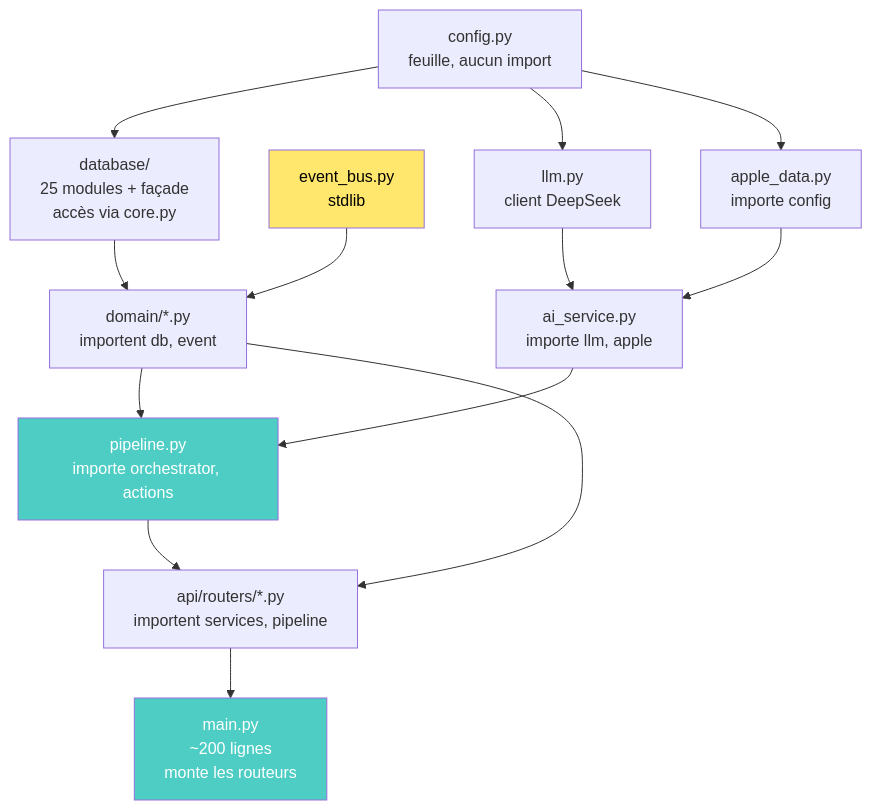
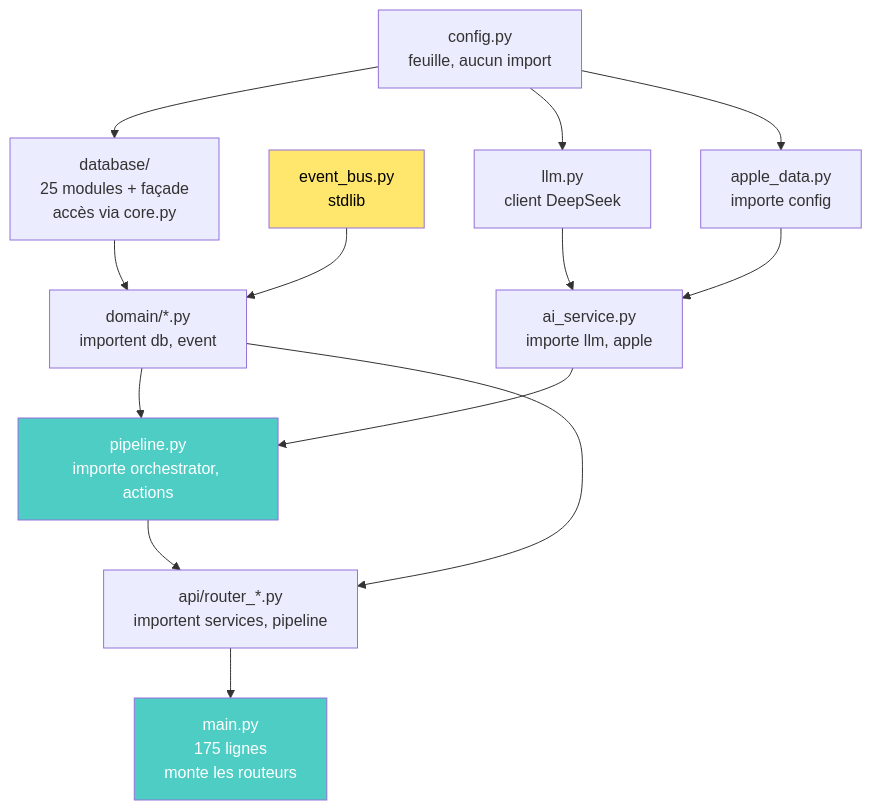
The third of 3 diagrams in Architecture/08_ARCHITECTURE_CIBLE.md (AVTAVANTTOUT2/JarvisAPI), drawn with Mermaid before and after one commit. The commit also changed other lines of this file and 18 other files, not shown here.

````diff
--- a/Architecture/08_ARCHITECTURE_CIBLE.md
+++ b/Architecture/08_ARCHITECTURE_CIBLE.md
@@ -216,33 +216,33 @@
 ```mermaid
 graph TB
     CONFIG["config.py<br/>feuille, aucun import"]
     EVENT["event_bus.py<br/>stdlib"]
     DB["database/<br/>25 modules + façade<br/>accès via core.py"]
     LLM_CLIENT["llm.py<br/>client DeepSeek"]
 
     SERVICES["domain/*.py<br/>importent db, event"]
     APPLE["apple_data.py<br/>importe config"]
     AI["ai_service.py<br/>importe llm, apple"]
 
     PIPELINE["pipeline.py<br/>importe orchestrator, actions"]
-    ROUTERS["api/routers/*.py<br/>importent services, pipeline"]
+    ROUTERS["api/router_*.py<br/>importent services, pipeline"]
 
-    MAIN["main.py<br/>~200 lignes<br/>monte les routeurs"]
+    MAIN["main.py<br/>175 lignes<br/>monte les routeurs"]
 
     CONFIG --> DB
     CONFIG --> LLM_CLIENT
     CONFIG --> APPLE
     DB --> SERVICES
     EVENT --> SERVICES
     LLM_CLIENT --> AI
     APPLE --> AI
     SERVICES --> PIPELINE
     AI --> PIPELINE
     PIPELINE --> ROUTERS
     SERVICES --> ROUTERS
     ROUTERS --> MAIN
 
     style MAIN fill:#4ecdc4,color:#fff
     style PIPELINE fill:#4ecdc4,color:#fff
     style EVENT fill:#ffe66d,color:#000
 ```
````
